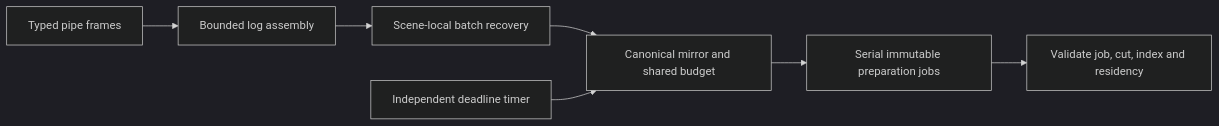
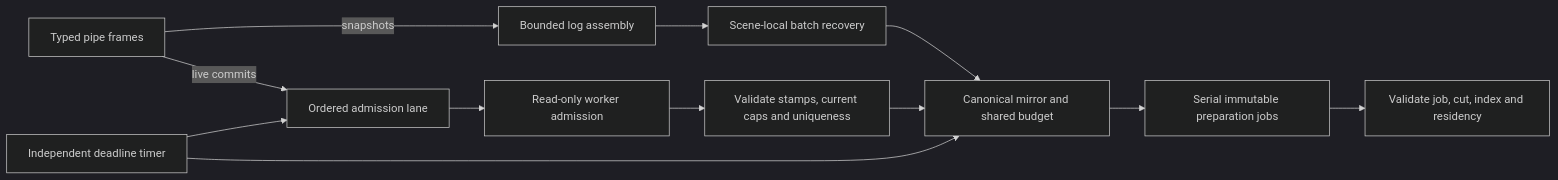
The fifth of 5 diagrams in docs/development/scene.md (labcoder/capsula), drawn with Mermaid (dark theme) before and after one commit. The commit also changed other lines of this file and 19 other files, not shown here.

Commit message:
feat(shell): bound scene candidate admission

````diff
--- a/docs/development/scene.md
+++ b/docs/development/scene.md
@@ -855,9 +877,14 @@
 ```mermaid
 flowchart LR
-    Pipe[Typed pipe frames] --> Assembly[Bounded log assembly]
+    Pipe[Typed pipe frames] -->|snapshots| Assembly[Bounded log assembly]
     Assembly --> Recovery[Scene-local batch recovery]
     Recovery --> Mirror[Canonical mirror and shared budget]
+    Pipe -->|live commits| Lane[Ordered admission lane]
+    Lane --> Candidate[Read-only worker admission]
+    Candidate --> Apply[Validate stamps, current caps and uniqueness]
+    Apply --> Mirror
     Mirror --> Worker[Serial immutable preparation jobs]
     Worker --> Publish[Validate job, cut, index and residency]
     Watchdog[Independent deadline timer] --> Mirror
+    Watchdog --> Lane
 ```
````
